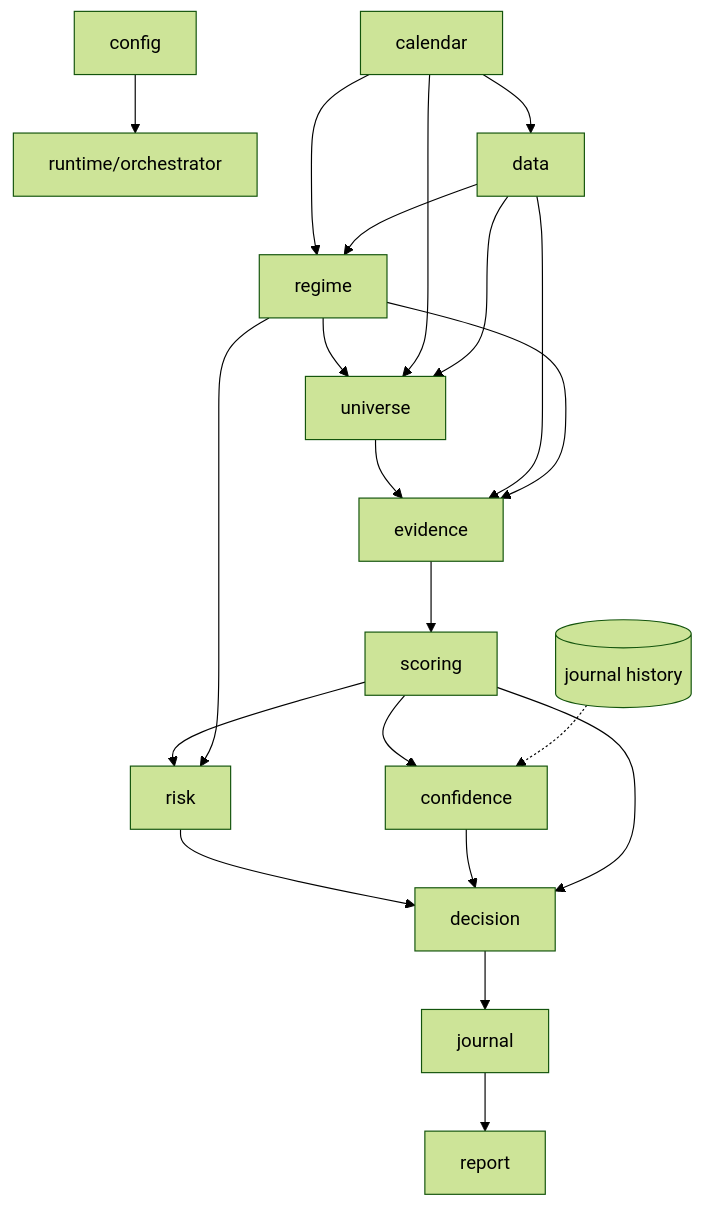
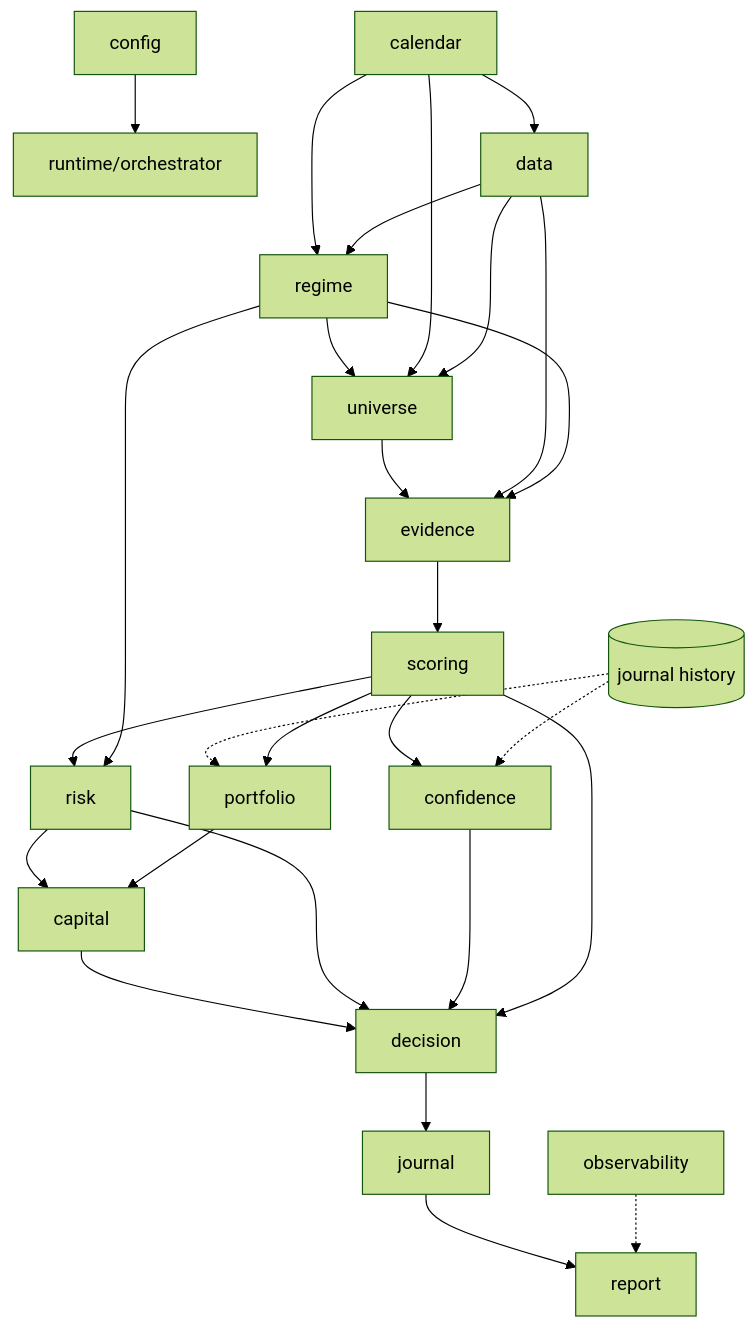
Before and after one commit to sandeepgs1984/ATHENA: the diagram in ATHENA-002-System-Blueprint.md, drawn with Mermaid (forest theme). The commit also changed other lines of this file and 9 other files, not shown here.

First line of the commit message:
docs(blueprint): freeze architecture at v1.1 per ATHENA-002R

````diff
--- a/ATHENA-002-System-Blueprint.md
+++ b/ATHENA-002-System-Blueprint.md
@@ -276,23 +341,29 @@
 ```mermaid
 graph TD
     CFG[config] --> RT[runtime/orchestrator]
     CAL[calendar] --> DAT[data]
     CAL --> REG[regime]
     DAT --> REG
     REG --> UNI[universe]
     CAL --> UNI
     DAT --> UNI
     UNI --> EVD[evidence]
     DAT --> EVD
     REG --> EVD
     EVD --> SCO[scoring]
     SCO --> CNF[confidence]
     JRN[(journal history)] -.-> CNF
     SCO --> RSK[risk]
     REG --> RSK
-    RSK --> DEC[decision]
+    RSK --> CAP[capital]
+    PRT[portfolio] --> CAP
+    JRN -.-> PRT
+    SCO --> PRT
+    CAP --> DEC[decision]
+    RSK --> DEC
     CNF --> DEC
     SCO --> DEC
     DEC --> JR2[journal]
     JR2 --> REP[report]
+    OBS[observability] -.-> REP
 ```
````
